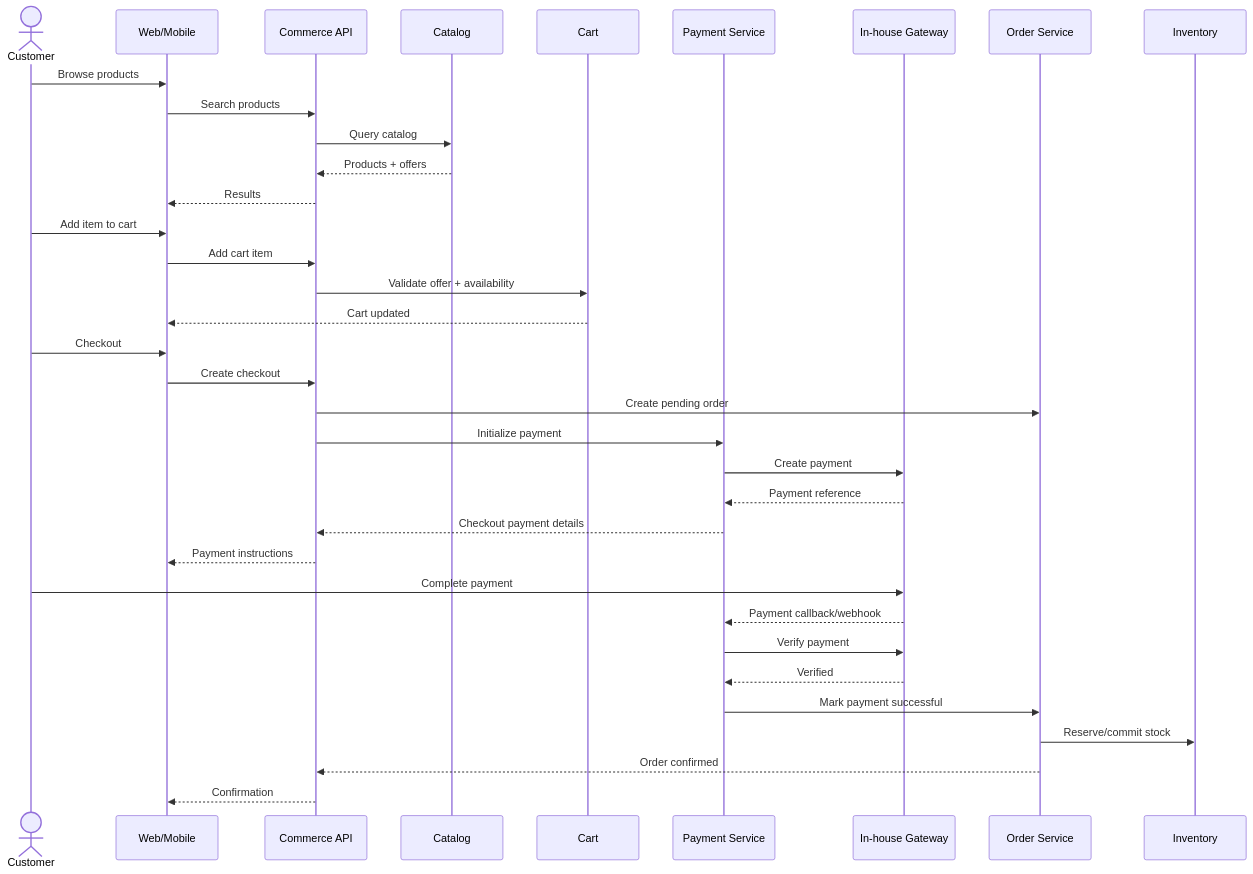
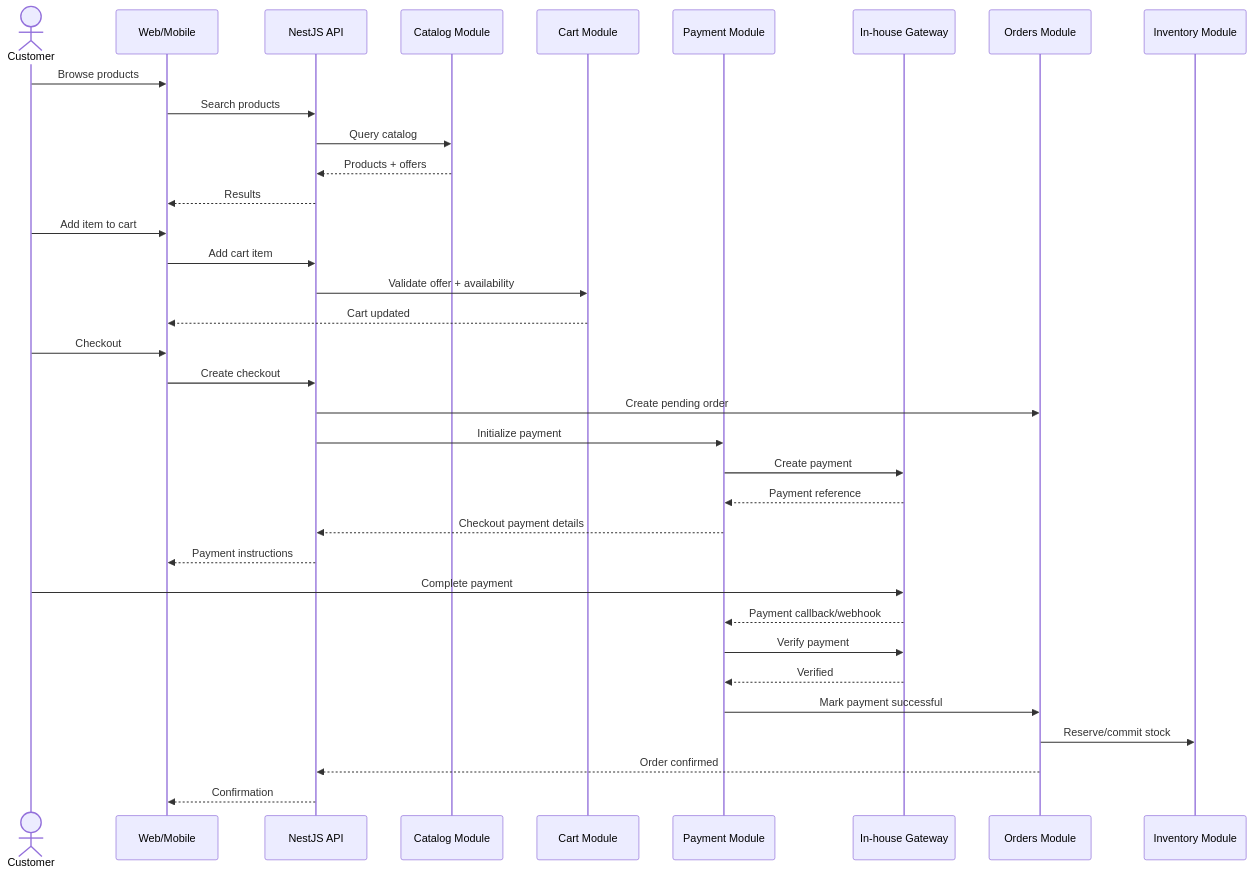
Before and after one commit to Izyane-InovSolutions/commerce: the eighth of 25 diagrams in README.md, drawn with Mermaid. The commit also changed other lines of this file, not shown here.

Commit message:
docs: switch backend architecture to NestJS modular monolith

````diff
--- a/README.md
+++ b/README.md
@@ -409,41 +469,41 @@
 ```mermaid
 sequenceDiagram
     actor Customer
     participant Web as Web/Mobile
-    participant API as Commerce API
-    participant Catalog as Catalog
-    participant Cart as Cart
-    participant Payment as Payment Service
+    participant API as NestJS API
+    participant Catalog as Catalog Module
+    participant Cart as Cart Module
+    participant Payment as Payment Module
     participant Gateway as In-house Gateway
-    participant Order as Order Service
-    participant Inventory as Inventory
+    participant Order as Orders Module
+    participant Inventory as Inventory Module
 
     Customer->>Web: Browse products
     Web->>API: Search products
     API->>Catalog: Query catalog
     Catalog-->>API: Products + offers
     API-->>Web: Results
 
     Customer->>Web: Add item to cart
     Web->>API: Add cart item
     API->>Cart: Validate offer + availability
     Cart-->>Web: Cart updated
 
     Customer->>Web: Checkout
     Web->>API: Create checkout
     API->>Order: Create pending order
     API->>Payment: Initialize payment
     Payment->>Gateway: Create payment
     Gateway-->>Payment: Payment reference
     Payment-->>API: Checkout payment details
     API-->>Web: Payment instructions
 
     Customer->>Gateway: Complete payment
     Gateway-->>Payment: Payment callback/webhook
     Payment->>Gateway: Verify payment
     Gateway-->>Payment: Verified
     Payment->>Order: Mark payment successful
     Order->>Inventory: Reserve/commit stock
     Order-->>API: Order confirmed
     API-->>Web: Confirmation
 ```
````
